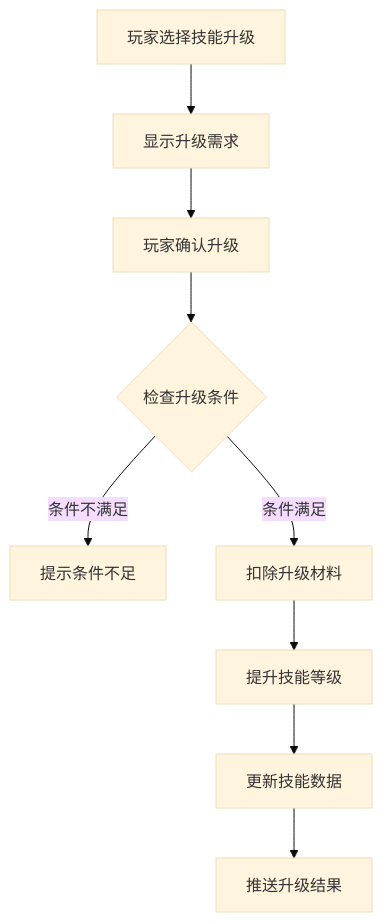
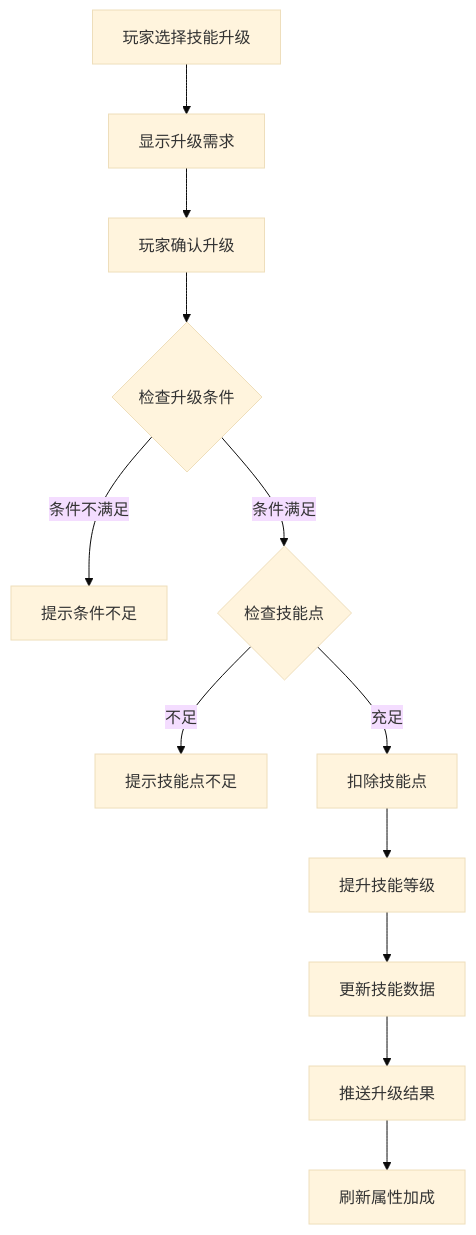
One commit to Alan-Ben/k2c_game_framework changed the fourth of 6 diagrams in docs/Module_TreasureHunt/05_完整说明.md. Above: the diagram before and after it, drawn with Mermaid (base theme). The commit also changed other lines of this file and 5 other files, not shown here.

````diff
--- a/docs/Module_TreasureHunt/05_完整说明.md
+++ b/docs/Module_TreasureHunt/05_完整说明.md
@@ -138,11 +171,14 @@
 ```mermaid
 flowchart TD
     A[玩家选择技能升级] --> B[显示升级需求]
     B --> C[玩家确认升级]
     C --> D{检查升级条件}
     D -->|条件不满足| E[提示条件不足]
-    D -->|条件满足| F[扣除升级材料]
-    F --> G[提升技能等级]
-    G --> H[更新技能数据]
-    H --> I[推送升级结果]
+    D -->|条件满足| F{检查技能点}
+    F -->|不足| G[提示技能点不足]
+    F -->|充足| H[扣除技能点]
+    H --> I[提升技能等级]
+    I --> J[更新技能数据]
+    J --> K[推送升级结果]
+    K --> L[刷新属性加成]
 ```
````
